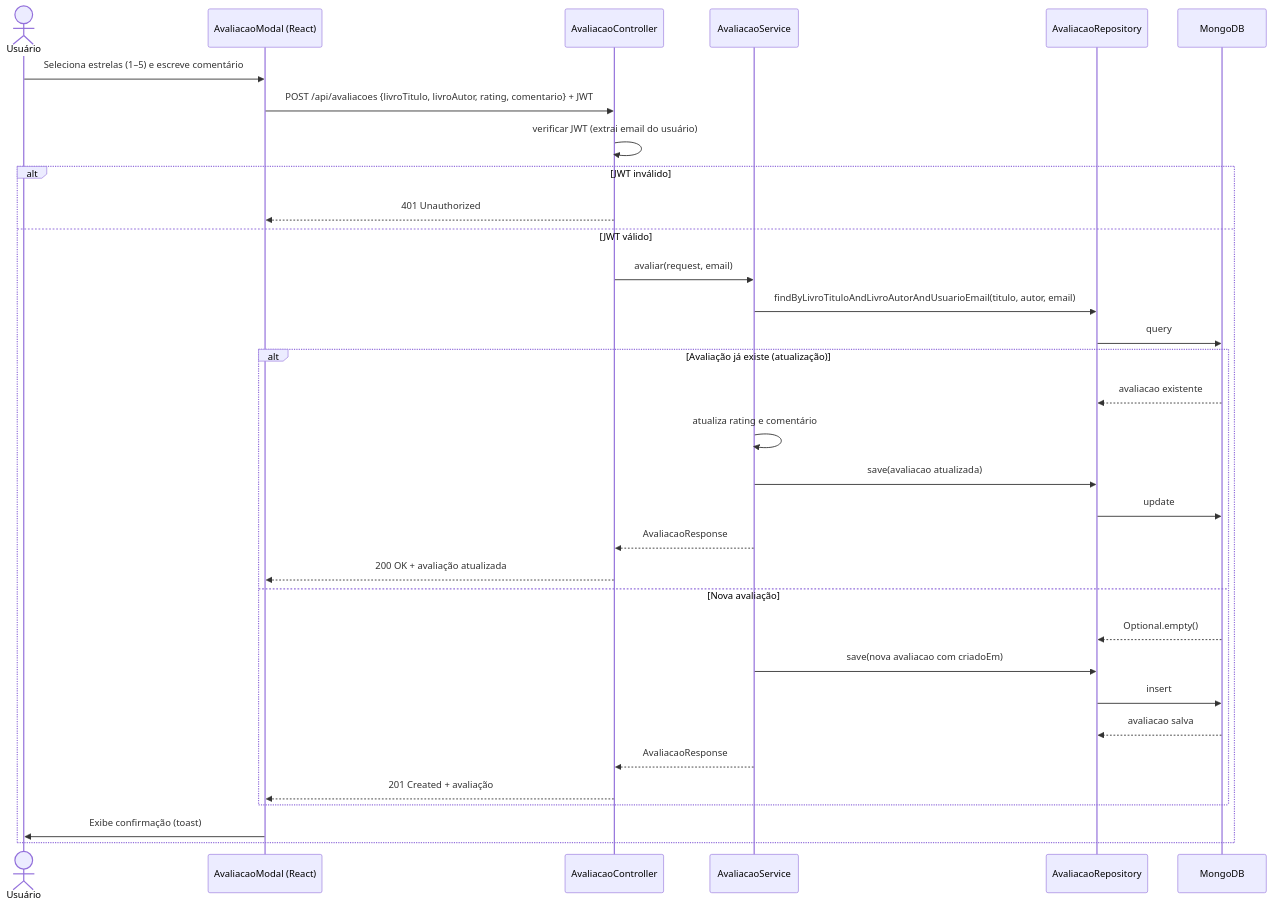
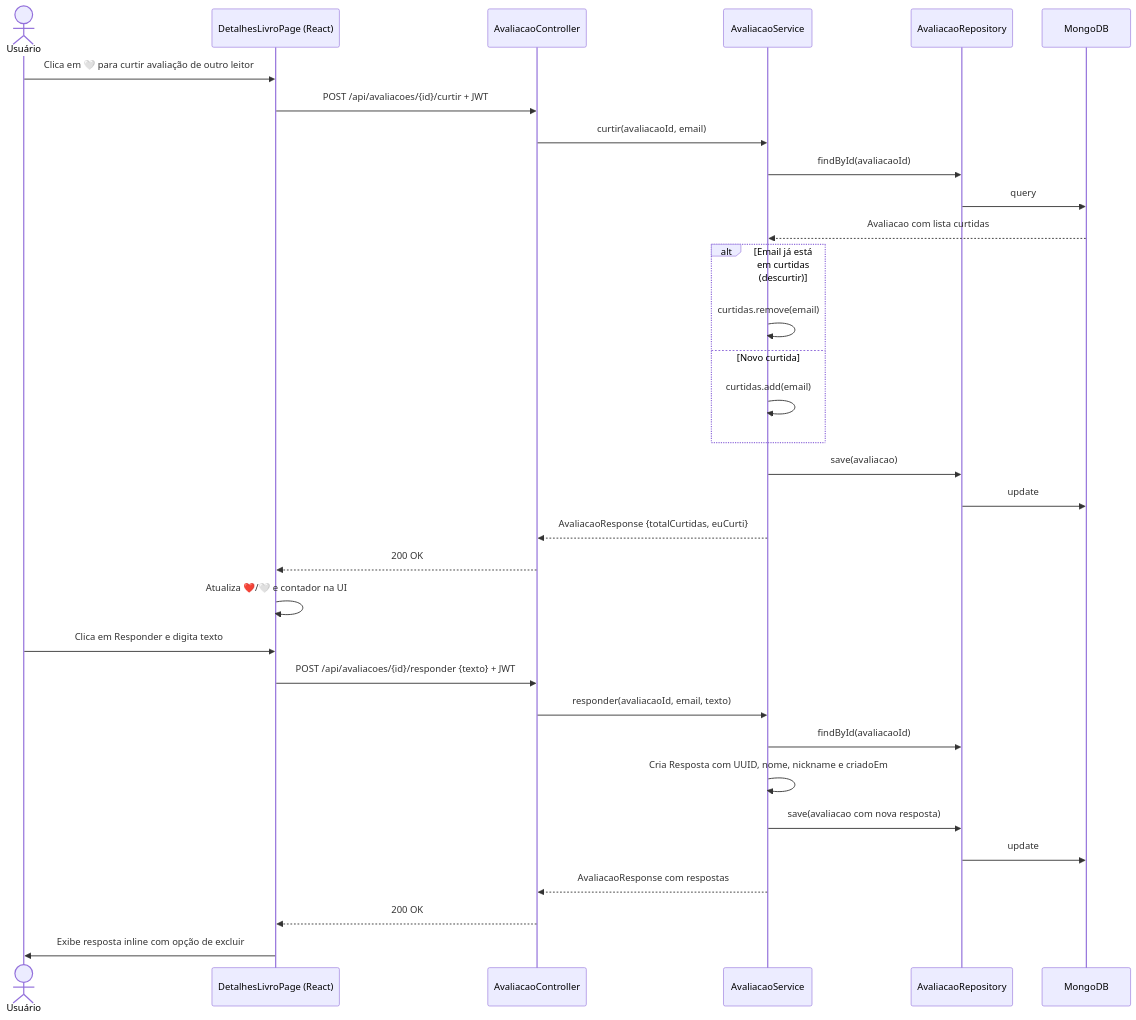
Before and after one commit to limmuz/biblioteca: diagram 17 of 20 in RTM.md, drawn with Mermaid. The commit also changed other lines of this file and 47 other files, not shown here.

First line of the commit message:
Adicionar curtir/responder avaliacoes, upload Cloudinary, perfis seguidos no BD e corrigir Sonar nos testes

````diff
--- a/RTM.md
+++ b/RTM.md
@@ -495,36 +602,37 @@
 ```mermaid
 sequenceDiagram
     actor U as Usuário
-    participant F as AvaliacaoModal (React)
+    participant F as DetalhesLivroPage (React)
     participant C as AvaliacaoController
     participant S as AvaliacaoService
     participant R as AvaliacaoRepository
     participant M as MongoDB
 
-    U->>F: Seleciona estrelas (1–5) e escreve comentário
-    F->>C: POST /api/avaliacoes {livroTitulo, livroAutor, rating, comentario} + JWT
-    C->>C: verificar JWT (extrai email do usuário)
-    alt JWT inválido
-        C-->>F: 401 Unauthorized
-    else JWT válido
-        C->>S: avaliar(request, email)
-        S->>R: findByLivroTituloAndLivroAutorAndUsuarioEmail(titulo, autor, email)
-        R->>M: query
-        alt Avaliação já existe (atualização)
-            M-->>R: avaliacao existente
-            S->>S: atualiza rating e comentário
-            S->>R: save(avaliacao atualizada)
-            R->>M: update
-            S-->>C: AvaliacaoResponse
-            C-->>F: 200 OK + avaliação atualizada
-        else Nova avaliação
-            M-->>R: Optional.empty()
-            S->>R: save(nova avaliacao com criadoEm)
-            R->>M: insert
-            M-->>R: avaliacao salva
-            S-->>C: AvaliacaoResponse
-            C-->>F: 201 Created + avaliação
-        end
-        F->>U: Exibe confirmação (toast)
+    U->>F: Clica em 🤍 para curtir avaliação de outro leitor
+    F->>C: POST /api/avaliacoes/{id}/curtir + JWT
+    C->>S: curtir(avaliacaoId, email)
+    S->>R: findById(avaliacaoId)
+    R->>M: query
+    M-->>S: Avaliacao com lista curtidas
+    alt Email já está em curtidas (descurtir)
+        S->>S: curtidas.remove(email)
+    else Novo curtida
+        S->>S: curtidas.add(email)
     end
+    S->>R: save(avaliacao)
+    R->>M: update
+    S-->>C: AvaliacaoResponse {totalCurtidas, euCurti}
+    C-->>F: 200 OK
+    F->>F: Atualiza ❤️/🤍 e contador na UI
+
+    U->>F: Clica em Responder e digita texto
+    F->>C: POST /api/avaliacoes/{id}/responder {texto} + JWT
+    C->>S: responder(avaliacaoId, email, texto)
+    S->>R: findById(avaliacaoId)
+    S->>S: Cria Resposta com UUID, nome, nickname e criadoEm
+    S->>R: save(avaliacao com nova resposta)
+    R->>M: update
+    S-->>C: AvaliacaoResponse com respostas
+    C-->>F: 200 OK
+    F->>U: Exibe resposta inline com opção de excluir
 ```
````
